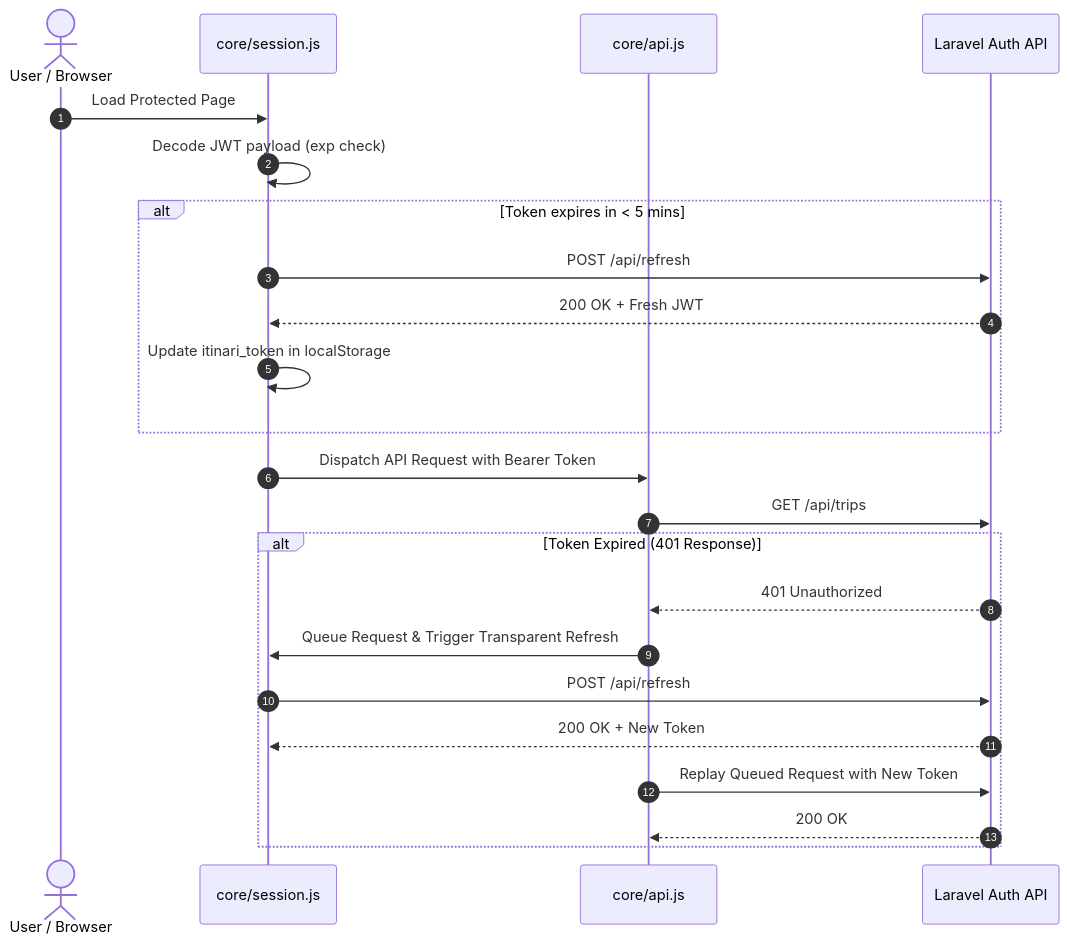
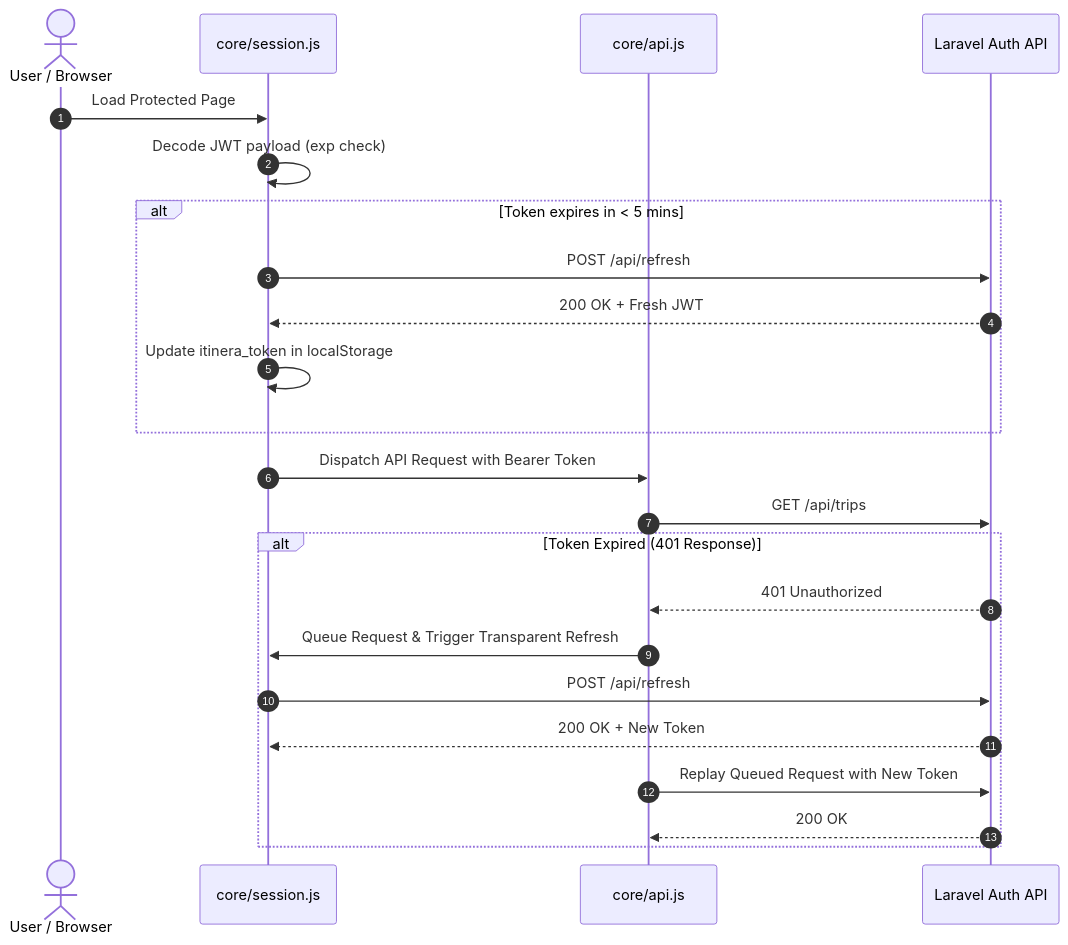
One commit to AhmedTyson/Team2-Conference-Project changed the diagram in docs/frontend-audit/phase-3-auth-security.md. Above: the diagram before and after it, drawn with Mermaid. The commit also changed 294 other files, not shown here.

First line of the commit message:
rebrand: itinari -> itinera across the entire codebase

````diff
--- a/docs/frontend-audit/phase-3-auth-security.md
+++ b/docs/frontend-audit/phase-3-auth-security.md
@@ -13,26 +13,26 @@
 ```mermaid
 sequenceDiagram
     autonumber
     actor User as User / Browser
     participant Session as core/session.js
     participant API as core/api.js
     participant Backend as Laravel Auth API
 
     User->>Session: Load Protected Page
     Session->>Session: Decode JWT payload (exp check)
     alt Token expires in < 5 mins
         Session->>Backend: POST /api/refresh
         Backend-->>Session: 200 OK + Fresh JWT
-        Session->>Session: Update itinari_token in localStorage
+        Session->>Session: Update itinera_token in localStorage
     end
     Session->>API: Dispatch API Request with Bearer Token
     API->>Backend: GET /api/trips
     alt Token Expired (401 Response)
         Backend-->>API: 401 Unauthorized
         API->>Session: Queue Request & Trigger Transparent Refresh
         Session->>Backend: POST /api/refresh
         Backend-->>Session: 200 OK + New Token
         API->>Backend: Replay Queued Request with New Token
         Backend-->>API: 200 OK
     end
 ```
````
